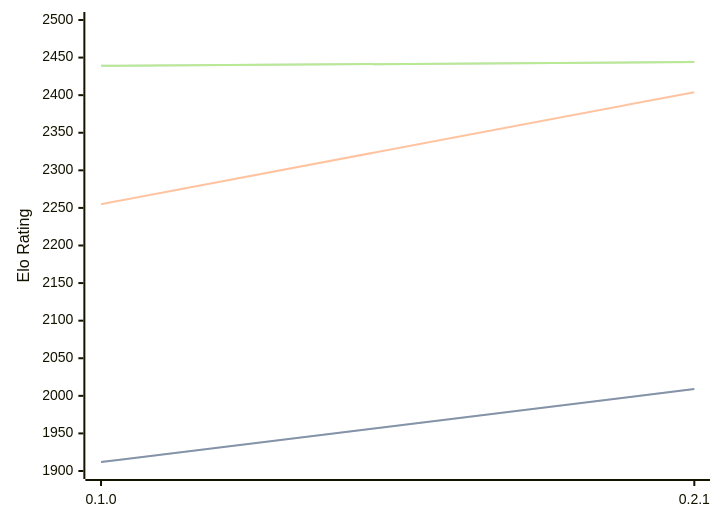
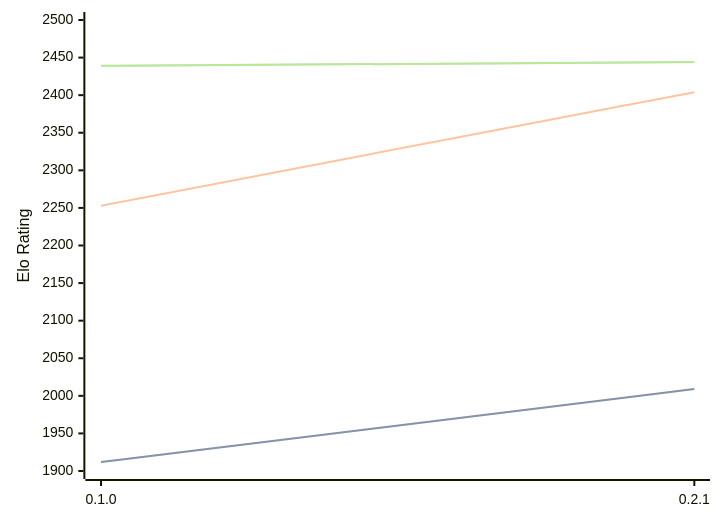
Before and after one commit to computer-chess-index/cci: the diagram in engines/Sykora.md, drawn with Mermaid. The commit also changed other lines of this file, not shown here.

````diff
--- a/engines/Sykora.md
+++ b/engines/Sykora.md
@@ -32,11 +32,11 @@
 ```mermaid
 %%{init: {"theme":"base","themeVariables":{"seriesColors:['#a3a3a3','#222221','#faa371']}}}%%
 xychart-beta
   x-axis ["0.1.0", "0.2.1"]
   y-axis "Elo Rating" 1900 --> 2500
   line "STC (8.0+0.08s)" [1912, 2009]
   line "STC (8.0+0.08s)" [1912, 2009]
-  line "LTC (60.0+0.60s)" [2255, 2404]
+  line "LTC (60.0+0.60s)" [2253, 2404]
   line "VLTC (2m24s+1.12s)" [2439, 2444]
   line "VLTC (2m24s+1.12s)" [2439, 2444]
 ```
````
